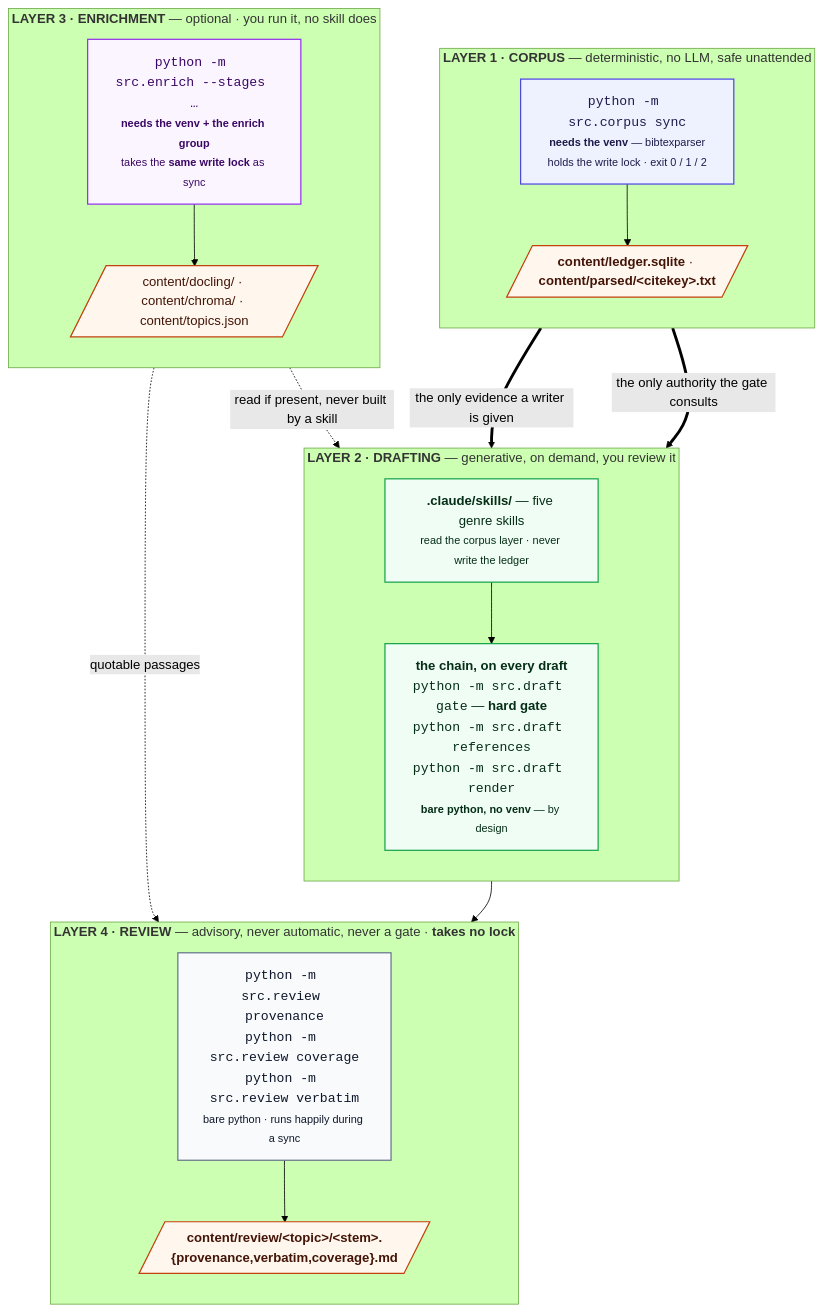
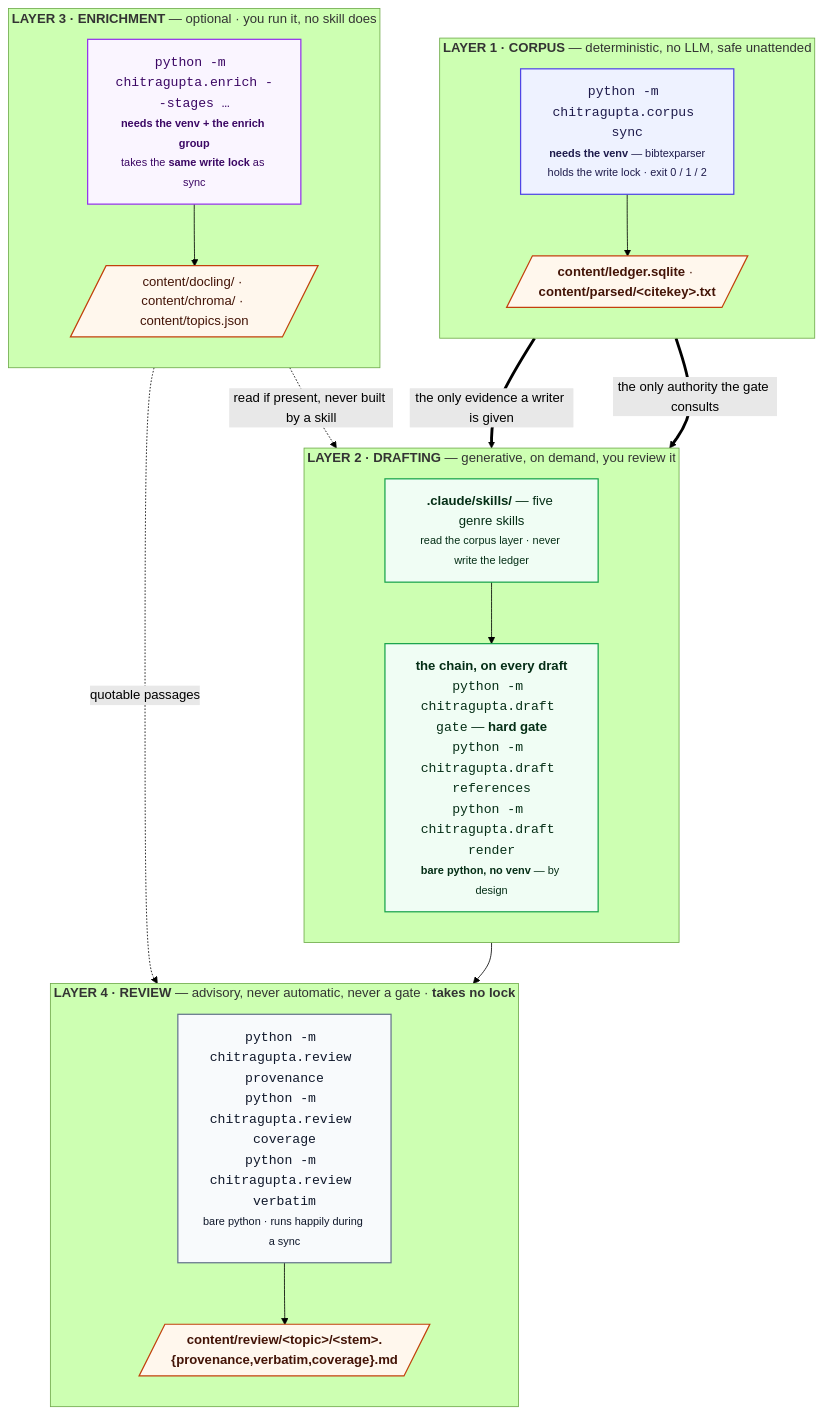
The diagram in docs/ARCHITECTURE.md (prasadtalasila/chitragupta), drawn with Mermaid (forest theme) before and after one commit. The commit also changed other lines of this file and 255 other files, not shown here.

````diff
--- a/docs/ARCHITECTURE.md
+++ b/docs/ARCHITECTURE.md
@@ -64,49 +64,49 @@
 ```mermaid
 flowchart TB
 
   subgraph J1["<b>LAYER 1 · CORPUS</b> — deterministic, no LLM, safe unattended"]
     direction TB
-    SYNC["<code>python -m src.corpus sync</code><br/><small><b>needs the venv</b> — bibtexparser<br/>holds the write lock · exit 0 / 1 / 2</small>"]
+    SYNC["<code>python -m chitragupta.corpus sync</code><br/><small><b>needs the venv</b> — bibtexparser<br/>holds the write lock · exit 0 / 1 / 2</small>"]
     OUT1[/"<b>content/ledger.sqlite</b> · <b>content/parsed/&lt;citekey&gt;.txt</b>"/]
     SYNC --> OUT1
   end
 
   subgraph J2["<b>LAYER 2 · DRAFTING</b> — generative, on demand, you review it"]
     direction TB
     SKILL["<b>.claude/skills/</b> — five genre skills<br/><small>read the corpus layer · never write the ledger</small>"]
-    CHAIN["<b>the chain, on every draft</b><br/><code>python -m src.draft gate</code> — <b>hard gate</b><br/><code>python -m src.draft references</code><br/><code>python -m src.draft render</code><br/><small><b>bare python, no venv</b> — by design</small>"]
+    CHAIN["<b>the chain, on every draft</b><br/><code>python -m chitragupta.draft gate</code> — <b>hard gate</b><br/><code>python -m chitragupta.draft references</code><br/><code>python -m chitragupta.draft render</code><br/><small><b>bare python, no venv</b> — by design</small>"]
     SKILL --> CHAIN
   end
 
   subgraph JH["<b>LAYER 3 · ENRICHMENT</b> — optional · you run it, no skill does"]
     direction TB
-    FULL["<code>python -m src.enrich --stages …</code><br/><small><b>needs the venv + the enrich group</b><br/>takes the <b>same write lock</b> as sync</small>"]
+    FULL["<code>python -m chitragupta.enrich --stages …</code><br/><small><b>needs the venv + the enrich group</b><br/>takes the <b>same write lock</b> as sync</small>"]
     OUT3[/"content/docling/ · content/chroma/ · content/topics.json"/]
     FULL --> OUT3
   end
 
   subgraph AID["<b>LAYER 4 · REVIEW</b> — advisory, never automatic, never a gate · <b>takes no lock</b>"]
     direction TB
-    A["<code>python -m src.review provenance</code><br/><code>python -m src.review coverage</code><br/><code>python -m src.review verbatim</code><br/><small>bare python · runs happily during a sync</small>"]
+    A["<code>python -m chitragupta.review provenance</code><br/><code>python -m chitragupta.review coverage</code><br/><code>python -m chitragupta.review verbatim</code><br/><small>bare python · runs happily during a sync</small>"]
     OUT4[/"<b>content/review/&lt;topic&gt;/&lt;stem&gt;.{provenance,verbatim,coverage}.md</b>"/]
     A --> OUT4
   end
 
   OUT1 == "the only evidence a writer is given" ==> SKILL
   OUT1 == "the only authority the gate consults" ==> CHAIN
   OUT3 -. "read if present, never built by a skill" .-> SKILL
   OUT3 -. "quotable passages" .-> A
   CHAIN --> A
 
   classDef det fill:#eef2ff,stroke:#4f46e5,stroke-width:1.5px,color:#1e1b4b
   classDef gen fill:#f0fdf4,stroke:#16a34a,stroke-width:1.5px,color:#052e16
   classDef heavy fill:#faf5ff,stroke:#9333ea,stroke-width:1.5px,color:#3b0764
   classDef store fill:#fff7ed,stroke:#c2410c,stroke-width:1.5px,color:#431407
   classDef aid fill:#f8fafc,stroke:#64748b,stroke-width:1.5px,color:#0f172a
 
   class SYNC det
   class SKILL,CHAIN gen
   class FULL heavy
   class OUT1,OUT3,OUT4 store
   class A aid
 ```
````
